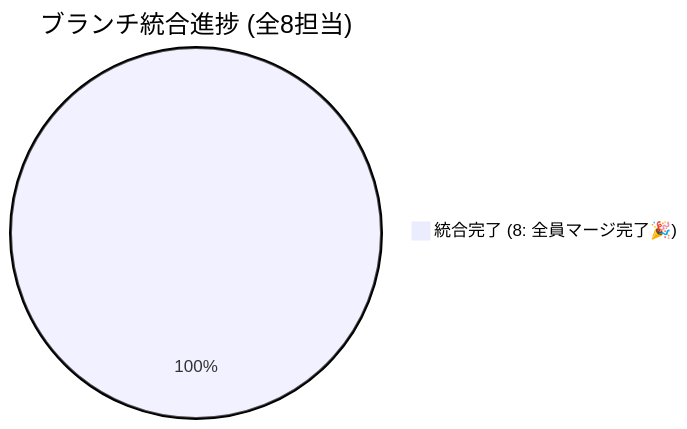
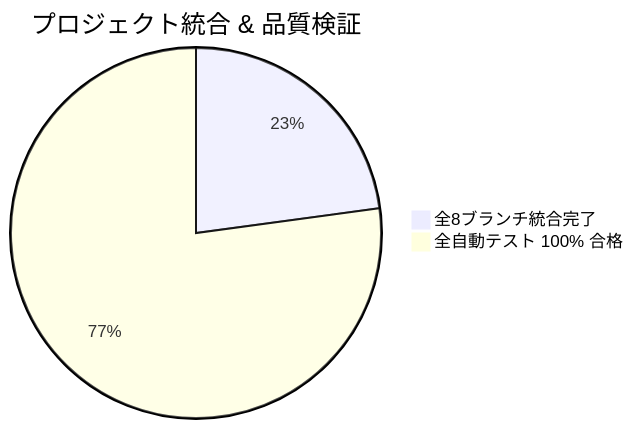
One commit to maho011933/tizu1 changed the diagram in BRANCH_STATUS.md. Above: the diagram before and after it, drawn with Mermaid. The commit also changed other lines of this file, not shown here.

````diff
--- a/BRANCH_STATUS.md
+++ b/BRANCH_STATUS.md
@@ -11,4 +11,5 @@
 ```mermaid
-pie title ブランチ統合進捗 (全8担当)
-    "統合完了 (8: 全員マージ完了🎉)" : 8
+pie title プロジェクト統合 & 品質検証
+    "全8ブランチ統合完了" : 8
+    "全自動テスト 100% 合格" : 27
 ```
````
